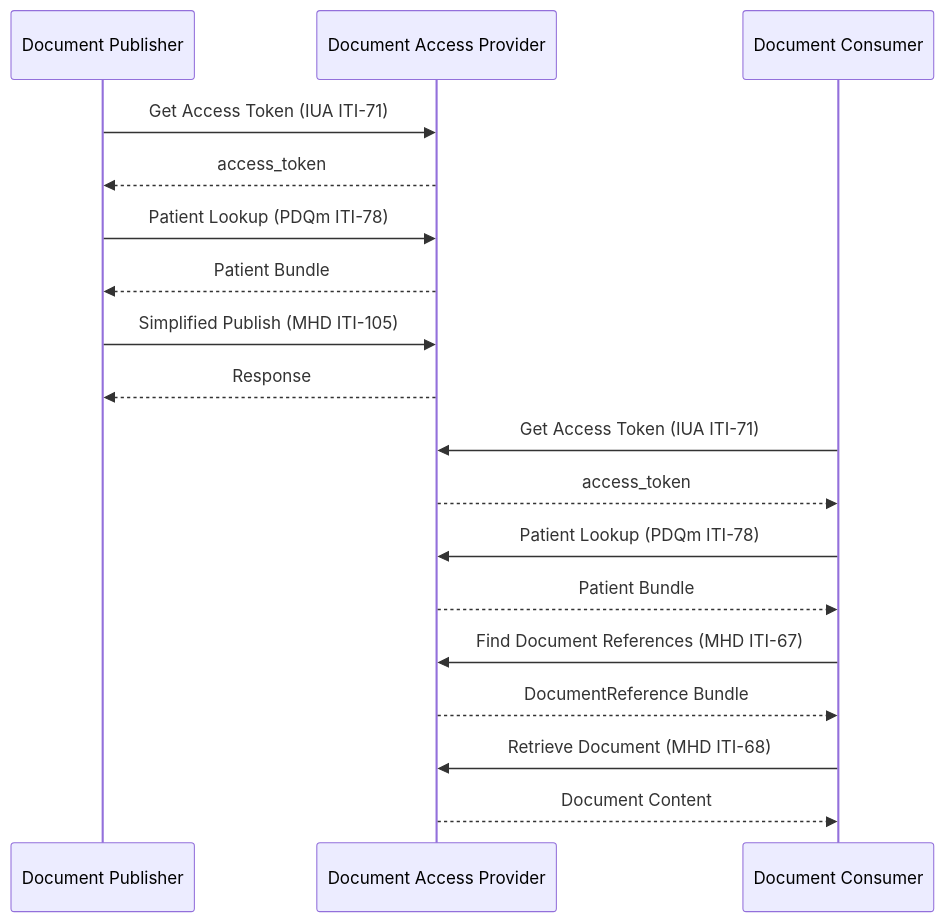
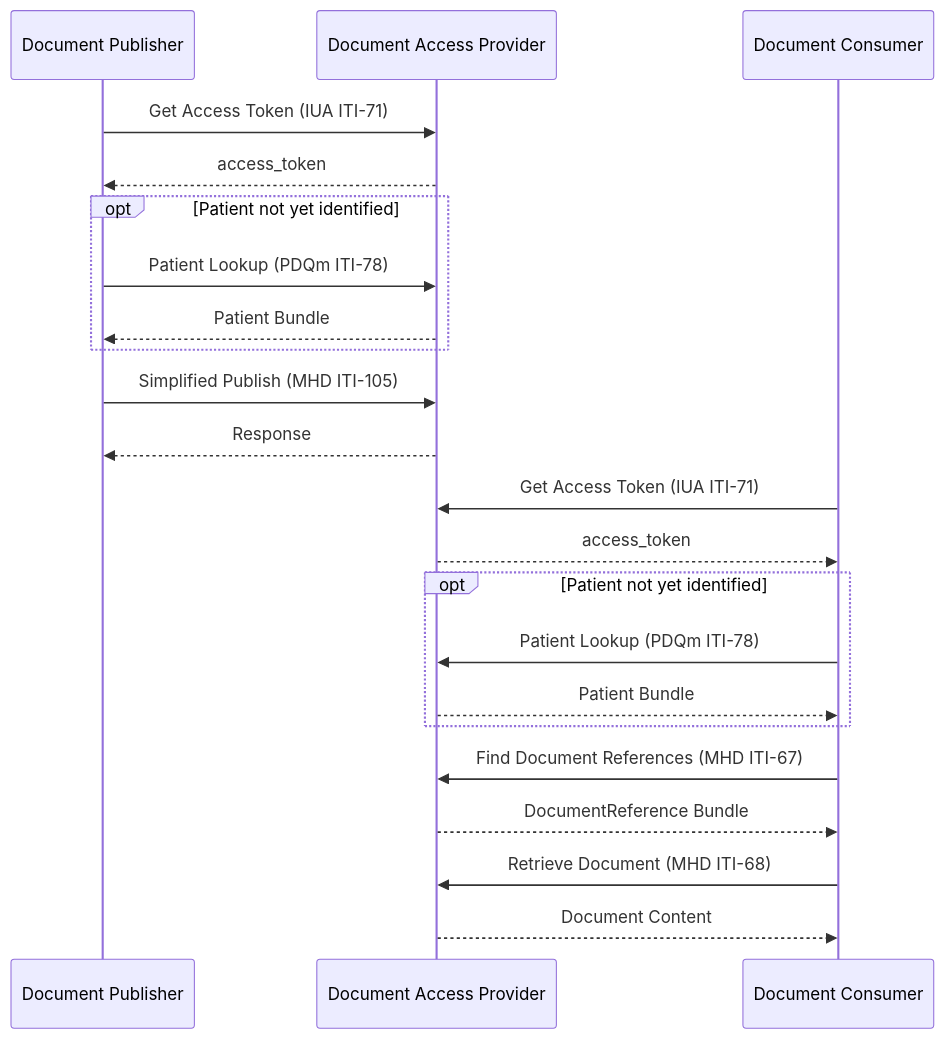
The first of 2 diagrams in input/pagecontent/actors.md (euridice-org/eu-health-data-api), drawn with Mermaid before and after one commit. The commit also changed other lines of this file, not shown here.

Commit message:
FHIR-56155: mark patient lookup optional in actors sequence diagrams (Reinhard 2.2.2 ambiguity)

````diff
--- a/input/pagecontent/actors.md
+++ b/input/pagecontent/actors.md
@@ -69,22 +69,26 @@
 ```mermaid
 sequenceDiagram
     participant Publisher as Document Publisher
     participant Provider as Document Access Provider
     participant Consumer as Document Consumer
 
     Publisher->>Provider: Get Access Token (IUA ITI-71)
     Provider-->>Publisher: access_token
-    Publisher->>Provider: Patient Lookup (PDQm ITI-78)
-    Provider-->>Publisher: Patient Bundle
+    opt Patient not yet identified
+        Publisher->>Provider: Patient Lookup (PDQm ITI-78)
+        Provider-->>Publisher: Patient Bundle
+    end
     Publisher->>Provider: Simplified Publish (MHD ITI-105)
     Provider-->>Publisher: Response
 
     Consumer->>Provider: Get Access Token (IUA ITI-71)
     Provider-->>Consumer: access_token
-    Consumer->>Provider: Patient Lookup (PDQm ITI-78)
-    Provider-->>Consumer: Patient Bundle
+    opt Patient not yet identified
+        Consumer->>Provider: Patient Lookup (PDQm ITI-78)
+        Provider-->>Consumer: Patient Bundle
+    end
     Consumer->>Provider: Find Document References (MHD ITI-67)
     Provider-->>Consumer: DocumentReference Bundle
     Consumer->>Provider: Retrieve Document (MHD ITI-68)
     Provider-->>Consumer: Document Content
 ```
````
